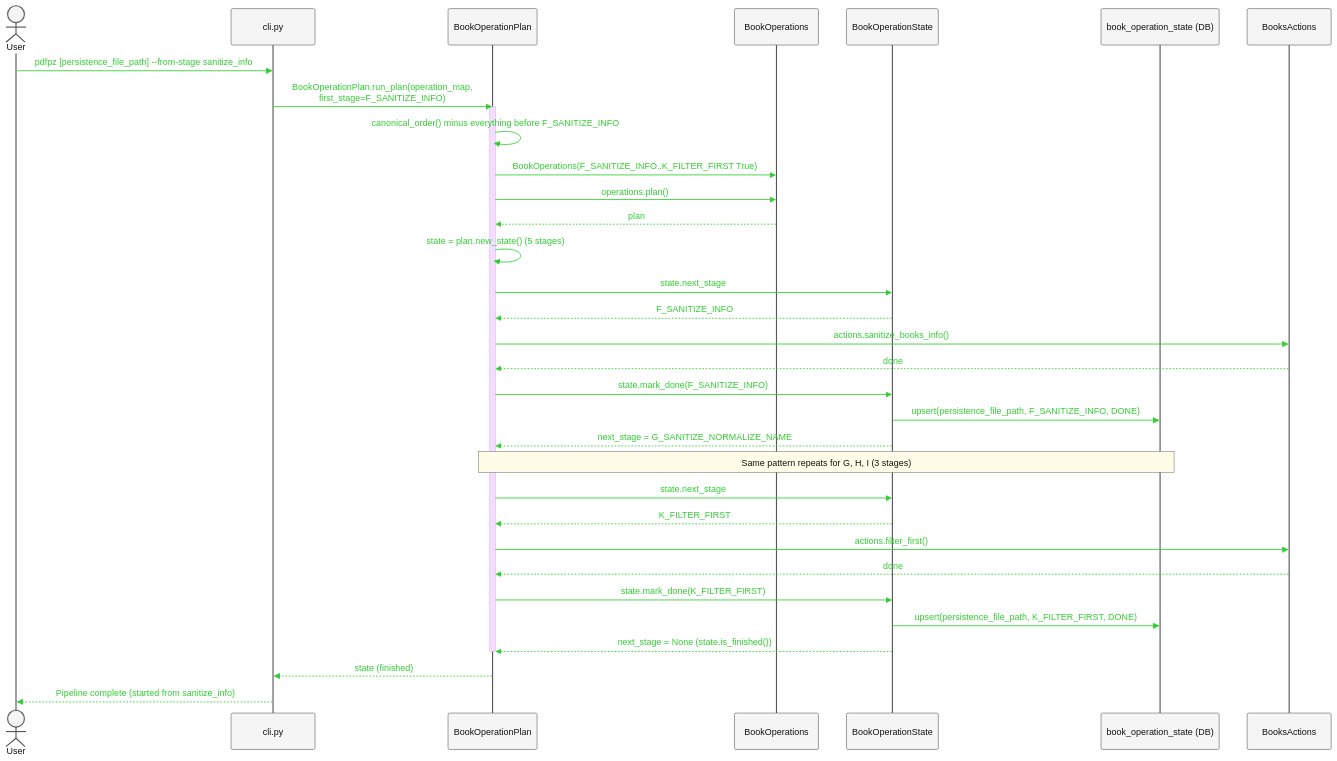
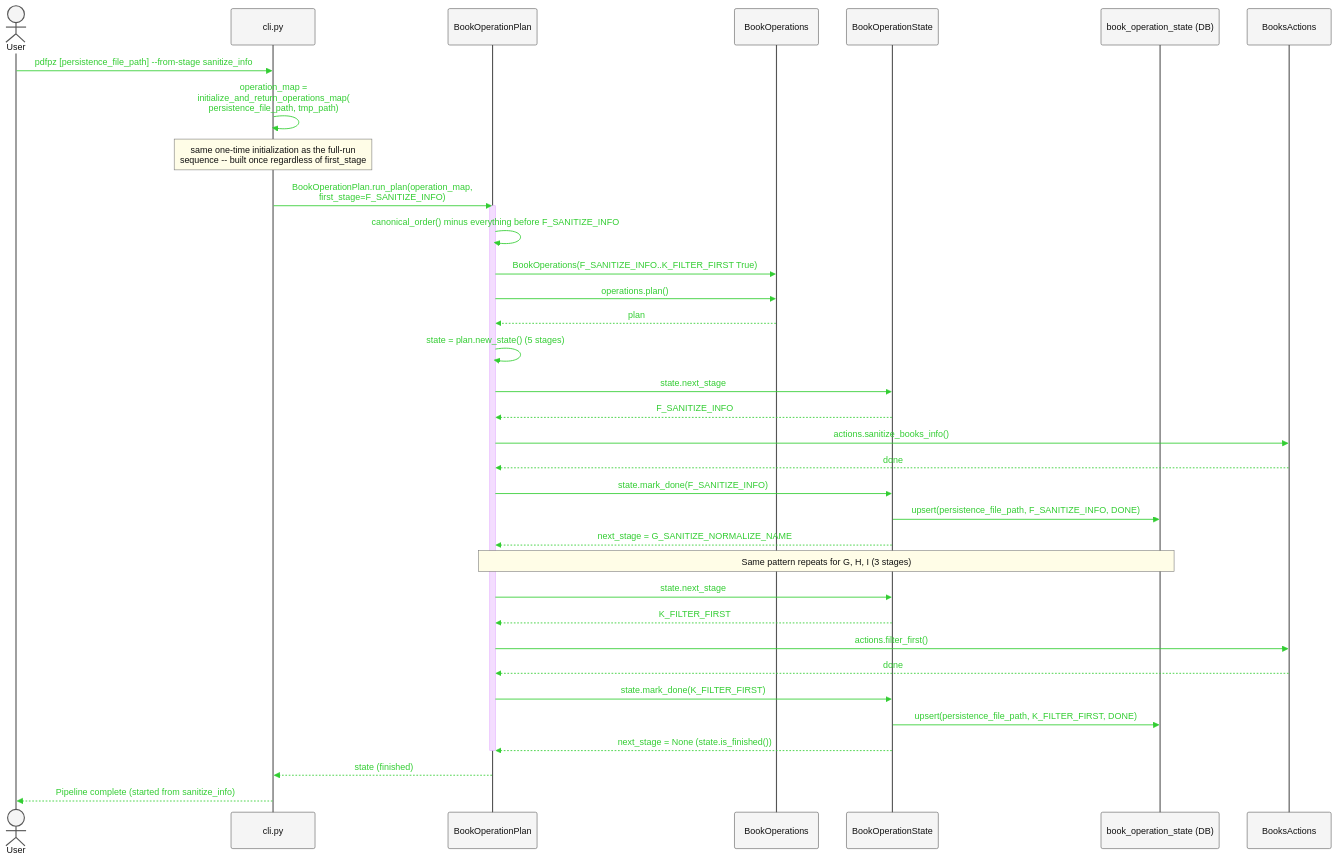
One commit to sdhube/forkpdfpz changed the second of 4 diagrams in src/pdfpz/Docs/api-cli-hl.md. Above: the diagram before and after it, drawn with Mermaid. The commit also changed other lines of this file, not shown here.

````diff
--- a/src/pdfpz/Docs/api-cli-hl.md
+++ b/src/pdfpz/Docs/api-cli-hl.md
@@ -140,56 +142,58 @@
 ```mermaid
 %%{init: {
   "theme": "base",
   "themeVariables": {
     "fontSize": "48px",
     "actorFontSize": "48px",
     "messageFontSize": "44px",
     "noteFontSize": "40px",
     "actorBkg": "#f5f5f5",
     "actorBorder": "#555555",
     "actorTextColor": "#111111",
     "signalColor": "#32CD32",
     "signalTextColor": "#32CD32",
     "labelTextColor": "#32CD32",
     "noteBkgColor": "#fffde7",
     "noteBorderColor": "#777777",
     "noteTextColor": "#111111"
   },
   "themeCSS": ".messageText,.signalText,.labelText{fill:#32CD32 !important;stroke:none !important;} .messageLine0,.messageLine1{stroke:#32CD32 !important;}"
 }}%%
 sequenceDiagram
     actor User
     participant CLI as cli.py
     participant Plan as BookOperationPlan
     participant Ops as BookOperations
     participant State as BookOperationState
     participant DB as book_operation_state (DB)
     participant Actions as BooksActions
 
     User->>CLI: pdfpz [persistence_file_path] --from-stage sanitize_info
+    CLI->>CLI: operation_map =<br/>initialize_and_return_operations_map(<br/>persistence_file_path, tmp_path)
+    Note over CLI: same one-time initialization as the full-run<br/>sequence -- built once regardless of first_stage
     CLI->>Plan: BookOperationPlan.run_plan(operation_map,<br/>first_stage=F_SANITIZE_INFO)
     activate Plan
     Plan->>Plan: canonical_order() minus everything before F_SANITIZE_INFO
     Plan->>Ops: BookOperations(F_SANITIZE_INFO..K_FILTER_FIRST True)
     Plan->>Ops: operations.plan()
     Ops-->>Plan: plan
     Plan->>Plan: state = plan.new_state() (5 stages)
     Plan->>State: state.next_stage
     State-->>Plan: F_SANITIZE_INFO
     Plan->>Actions: actions.sanitize_books_info()
     Actions-->>Plan: done
     Plan->>State: state.mark_done(F_SANITIZE_INFO)
     State->>DB: upsert(persistence_file_path, F_SANITIZE_INFO, DONE)
     State-->>Plan: next_stage = G_SANITIZE_NORMALIZE_NAME
     Note over Plan,DB: Same pattern repeats for G, H, I (3 stages)
     Plan->>State: state.next_stage
     State-->>Plan: K_FILTER_FIRST
     Plan->>Actions: actions.filter_first()
     Actions-->>Plan: done
     Plan->>State: state.mark_done(K_FILTER_FIRST)
     State->>DB: upsert(persistence_file_path, K_FILTER_FIRST, DONE)
     State-->>Plan: next_stage = None (state.is_finished())
     deactivate Plan
     Plan-->>CLI: state (finished)
     CLI-->>User: Pipeline complete (started from sanitize_info)
 ```
````
